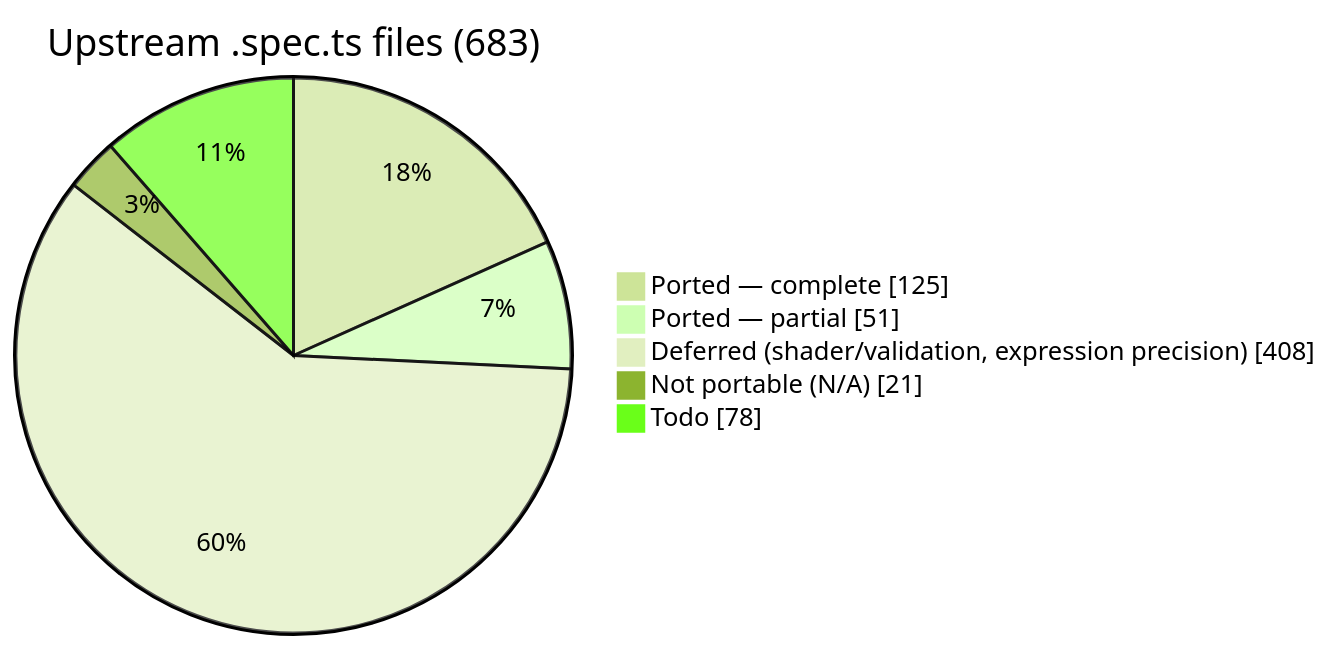
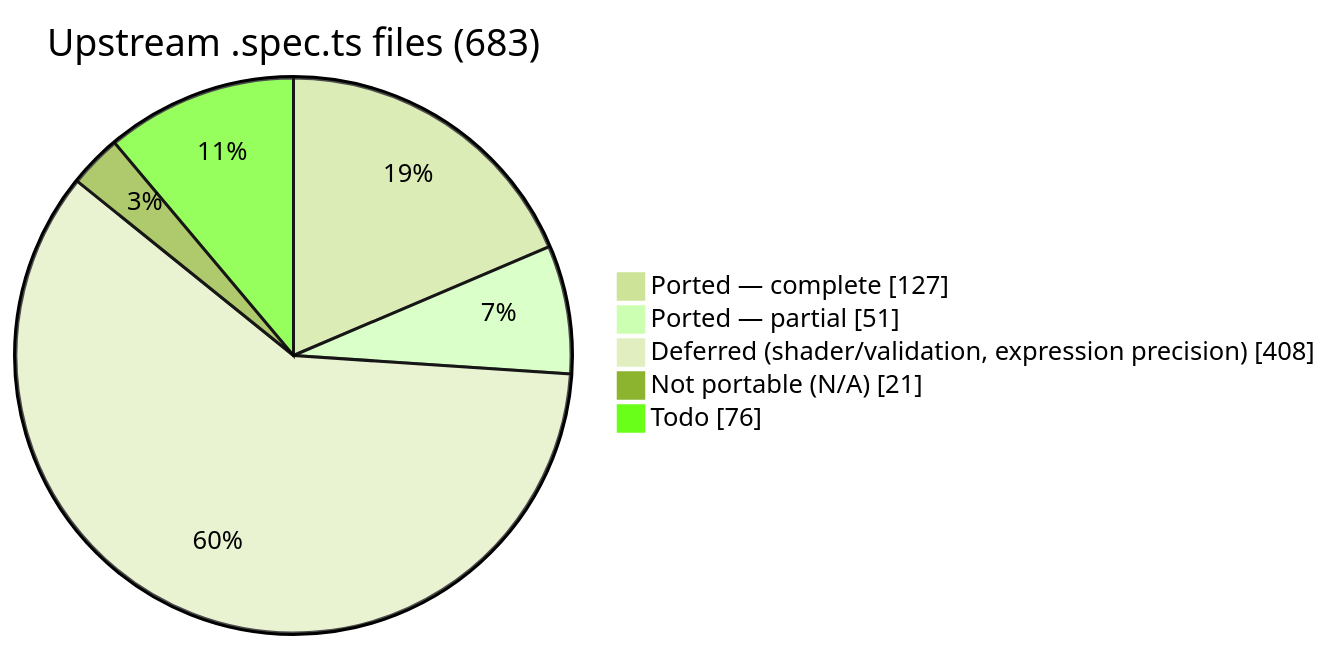
One commit to infosia/webgpu-native-cts changed the first of 2 diagrams in README.md. Above: the diagram before and after it, drawn with Mermaid (forest theme). The commit also changed other lines of this file and 5 other files, not shown here.

````diff
--- a/README.md
+++ b/README.md
@@ -94,9 +94,9 @@
 ```mermaid
 pie showData
     title Upstream .spec.ts files (683)
-    "Ported — complete" : 125
+    "Ported — complete" : 127
     "Ported — partial" : 51
     "Deferred (shader/validation, expression precision)" : 408
     "Not portable (N/A)" : 21
-    "Todo" : 78
+    "Todo" : 76
 ```
````
